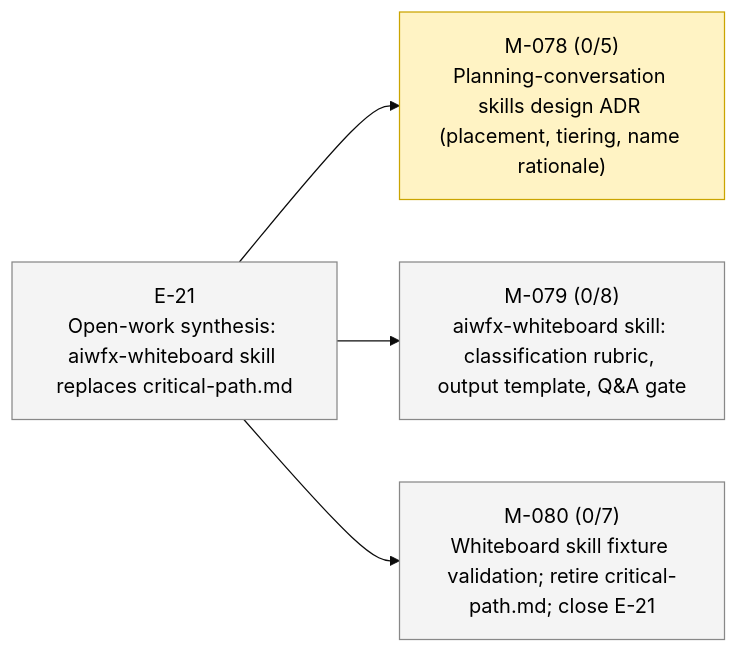
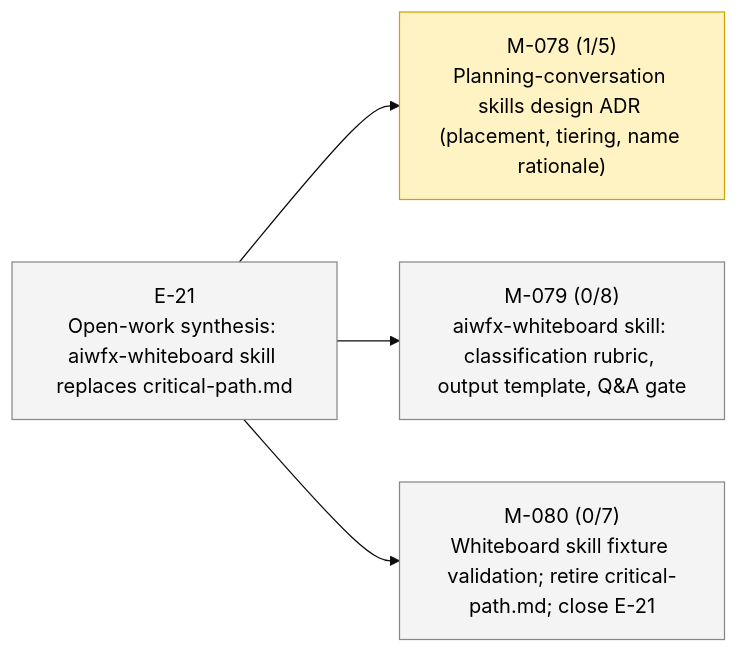
Before and after one commit to 23min/aiwf: the second of 2 diagrams in STATUS.md, drawn with Mermaid (base theme). The commit also changed other lines of this file and 1 other file, not shown here.

````diff
--- a/STATUS.md
+++ b/STATUS.md
@@ -47,16 +47,16 @@
 ```mermaid
 flowchart LR
   E_21["E-21<br/>Open-work synthesis: aiwfx-whiteboard skill replaces critical-path.md"]:::epic_proposed
-  M_078["M-078 (0/5)<br/>Planning-conversation skills design ADR (placement, tiering, name rationale)"]:::ms_in_progress
+  M_078["M-078 (1/5)<br/>Planning-conversation skills design ADR (placement, tiering, name rationale)"]:::ms_in_progress
   E_21 --> M_078
   M_079["M-079 (0/8)<br/>aiwfx-whiteboard skill: classification rubric, output template, Q&A gate"]:::ms_draft
   E_21 --> M_079
   M_080["M-080 (0/7)<br/>Whiteboard skill fixture validation; retire critical-path.md; close E-21"]:::ms_draft
   E_21 --> M_080
   classDef epic_active fill:#d6eaff,stroke:#1a73e8,color:#000
   classDef epic_proposed fill:#f4f4f4,stroke:#888,color:#000
   classDef ms_done fill:#d8f5d8,stroke:#2a8a2a,color:#000
   classDef ms_in_progress fill:#fff3c4,stroke:#caa400,color:#000
   classDef ms_draft fill:#f4f4f4,stroke:#888,color:#000
   classDef ms_cancelled fill:#fbeaea,stroke:#c33,color:#000
 ```
````
